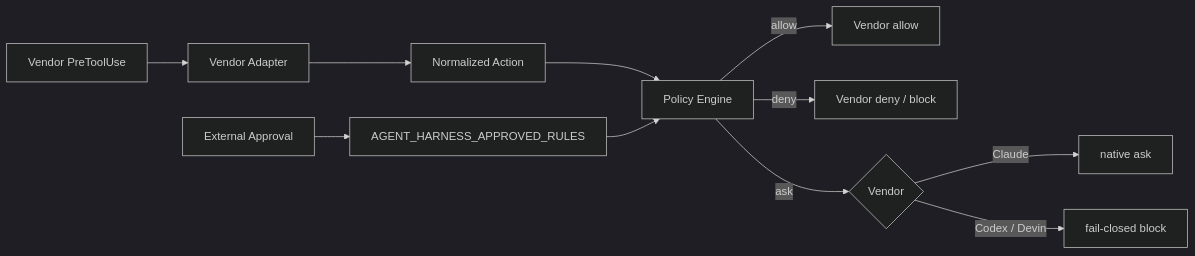
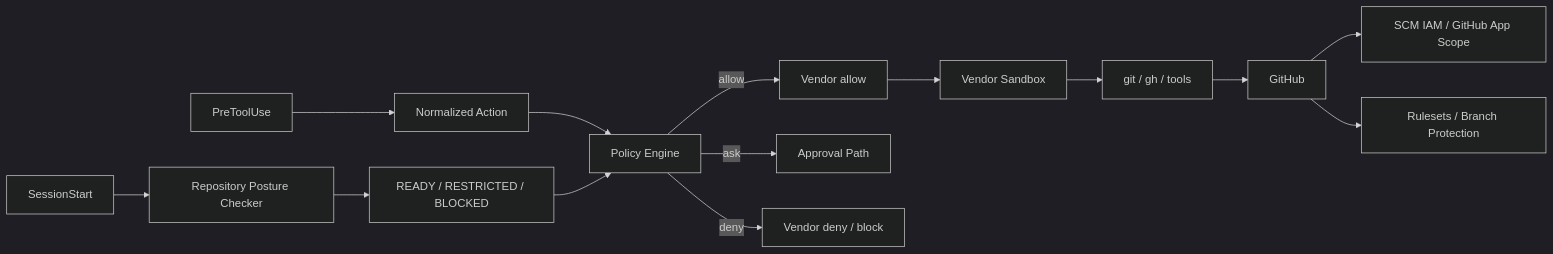
One commit to tomo-chan/agent-harness changed the diagram in docs/ja/06-vendor-harnesses.md. Above: the diagram before and after it, drawn with Mermaid (dark theme). The commit also changed other lines of this file, not shown here.

Commit message:
docs: Vendor HarnessのSecurity Architectureを簡素化

````diff
--- a/docs/ja/06-vendor-harnesses.md
+++ b/docs/ja/06-vendor-harnesses.md
@@ -7,13 +7,16 @@
 ```mermaid
 flowchart LR
-    A[Vendor PreToolUse] --> B[Vendor Adapter]
-    B --> C[Normalized Action]
-    C --> D[Policy Engine]
-    D -->|allow| E[Vendor allow]
-    D -->|deny| F[Vendor deny / block]
-    D -->|ask| G{Vendor}
-    G -->|Claude| H[native ask]
-    G -->|Codex / Devin| I[fail-closed block]
-    J[External Approval] --> K[AGENT_HARNESS_APPROVED_RULES]
-    K --> D
+    SS[SessionStart] --> RP[Repository Posture Checker]
+    RP --> ST[READY / RESTRICTED / BLOCKED]
+    PT[PreToolUse] --> N[Normalized Action]
+    N --> P[Policy Engine]
+    ST --> P
+    P -->|allow| A[Vendor allow]
+    P -->|ask| Q[Approval Path]
+    P -->|deny| D[Vendor deny / block]
+    A --> S[Vendor Sandbox]
+    S --> T[git / gh / tools]
+    T --> GH[GitHub]
+    GH --> IAM[SCM IAM / GitHub App Scope]
+    GH --> R[Rulesets / Branch Protection]
 ```
````
